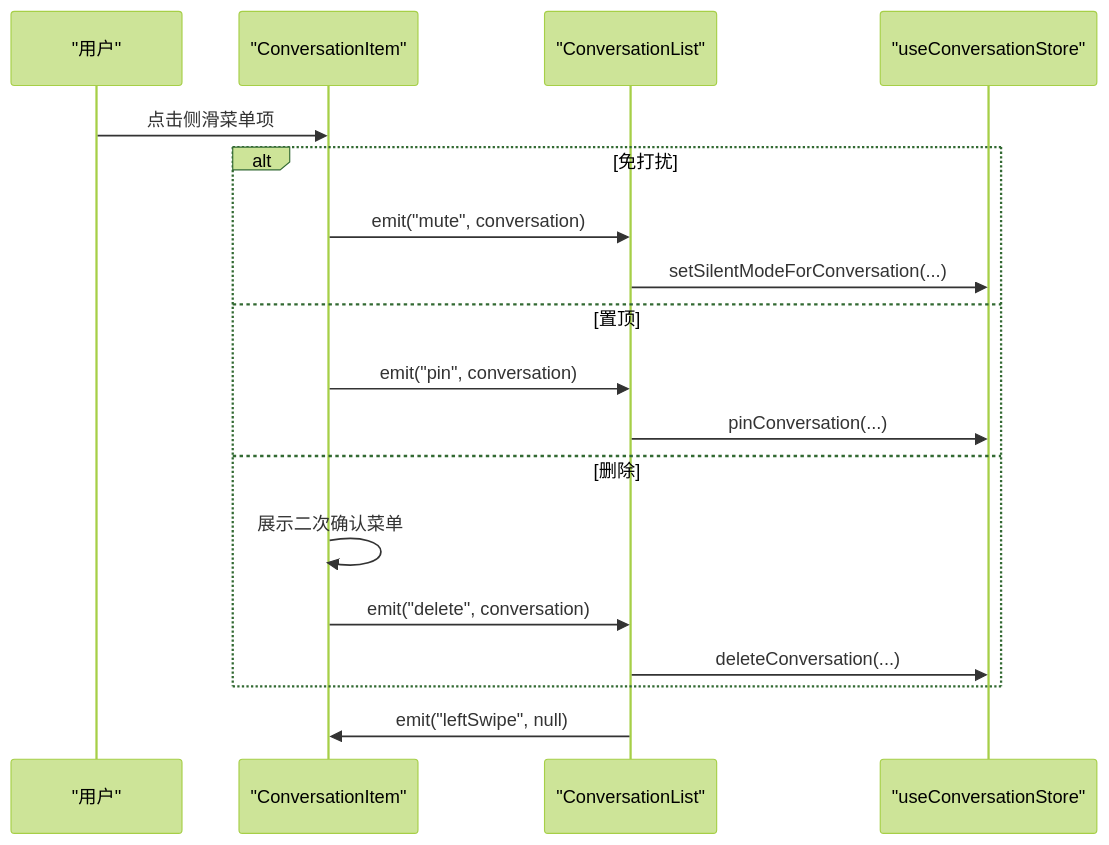
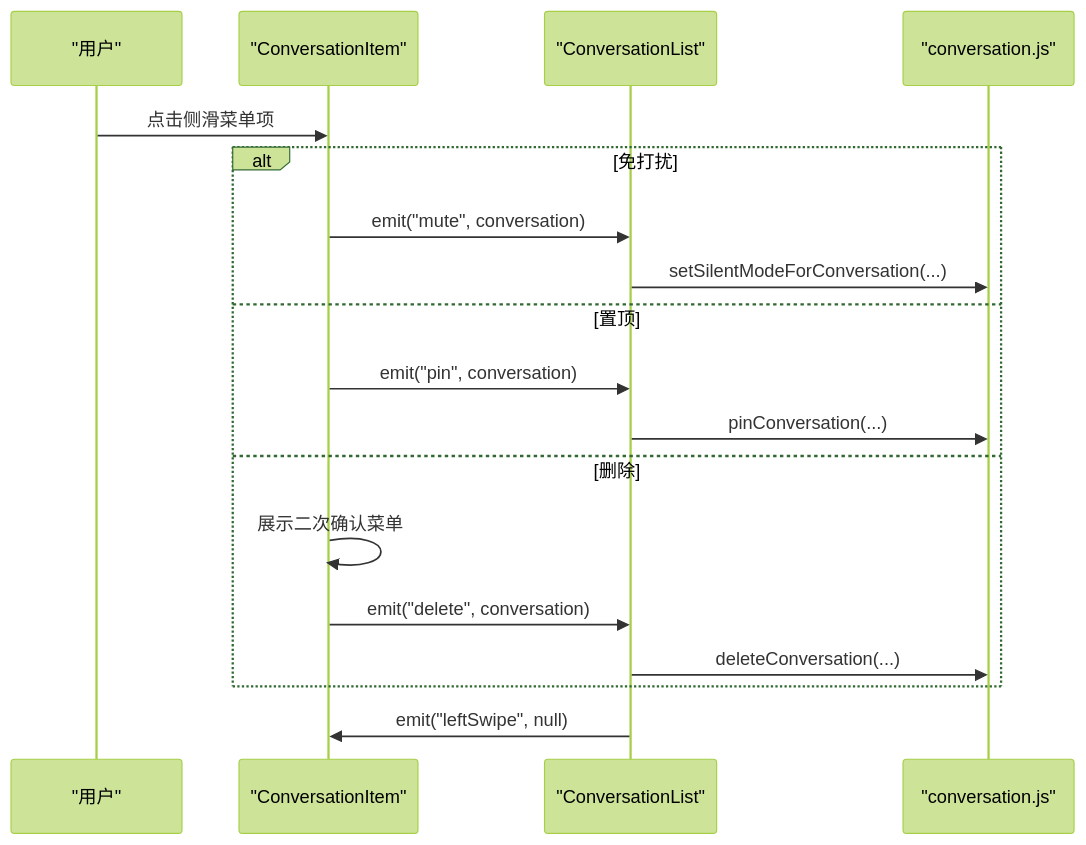
One commit to Easemob-Community/easemob-uikit-uniapp-community changed the third of 4 diagrams in .qoder/repowiki/zh/content/会话模块/会话模块.md. Above: the diagram before and after it, drawn with Mermaid (forest theme). The commit also changed other lines of this file and 14 other files, not shown here.

````diff
--- a/.qoder/repowiki/zh/content/会话模块/会话模块.md
+++ b/.qoder/repowiki/zh/content/会话模块/会话模块.md
@@ -199,20 +180,20 @@
 ```mermaid
 sequenceDiagram
 participant U as "用户"
 participant CI as "ConversationItem"
 participant CL as "ConversationList"
-participant CS as "useConversationStore"
+participant CS as "conversation.js"
 U->>CI : 点击侧滑菜单项
 alt 免打扰
 CI->>CL : emit("mute", conversation)
 CL->>CS : setSilentModeForConversation(...)
 else 置顶
 CI->>CL : emit("pin", conversation)
 CL->>CS : pinConversation(...)
 else 删除
 CI->>CI : 展示二次确认菜单
 CI->>CL : emit("delete", conversation)
 CL->>CS : deleteConversation(...)
 end
 CL->>CI : emit("leftSwipe", null)
 ```
````
